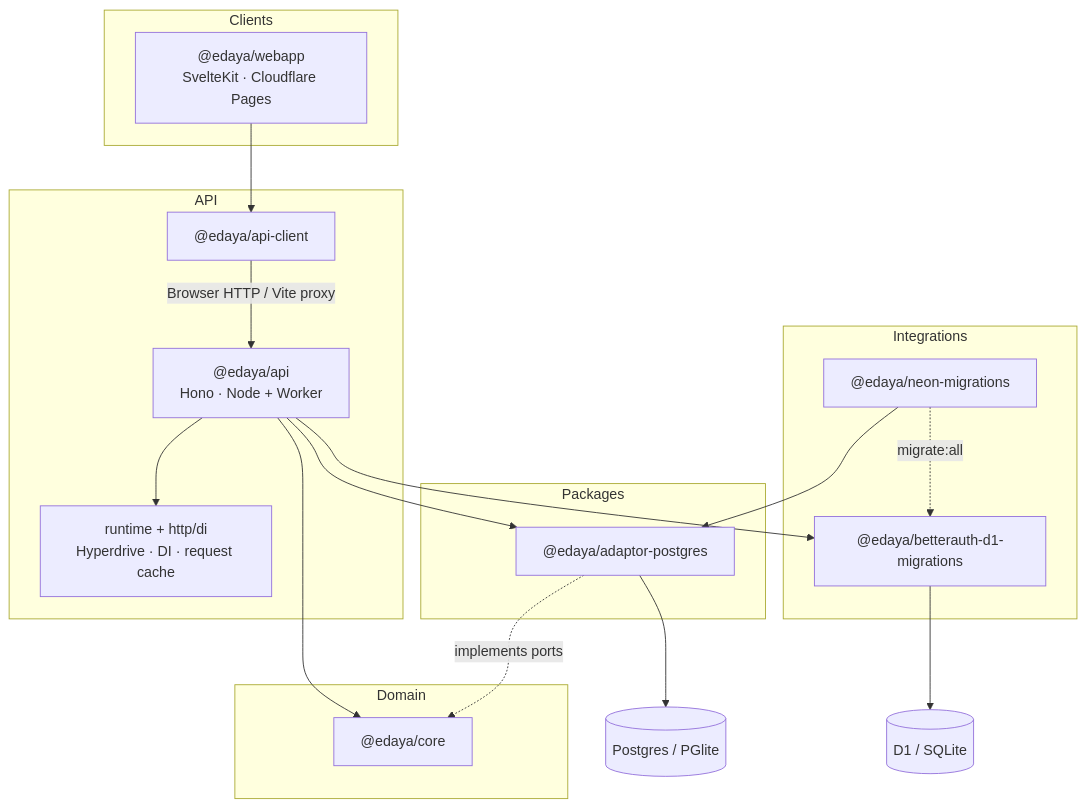
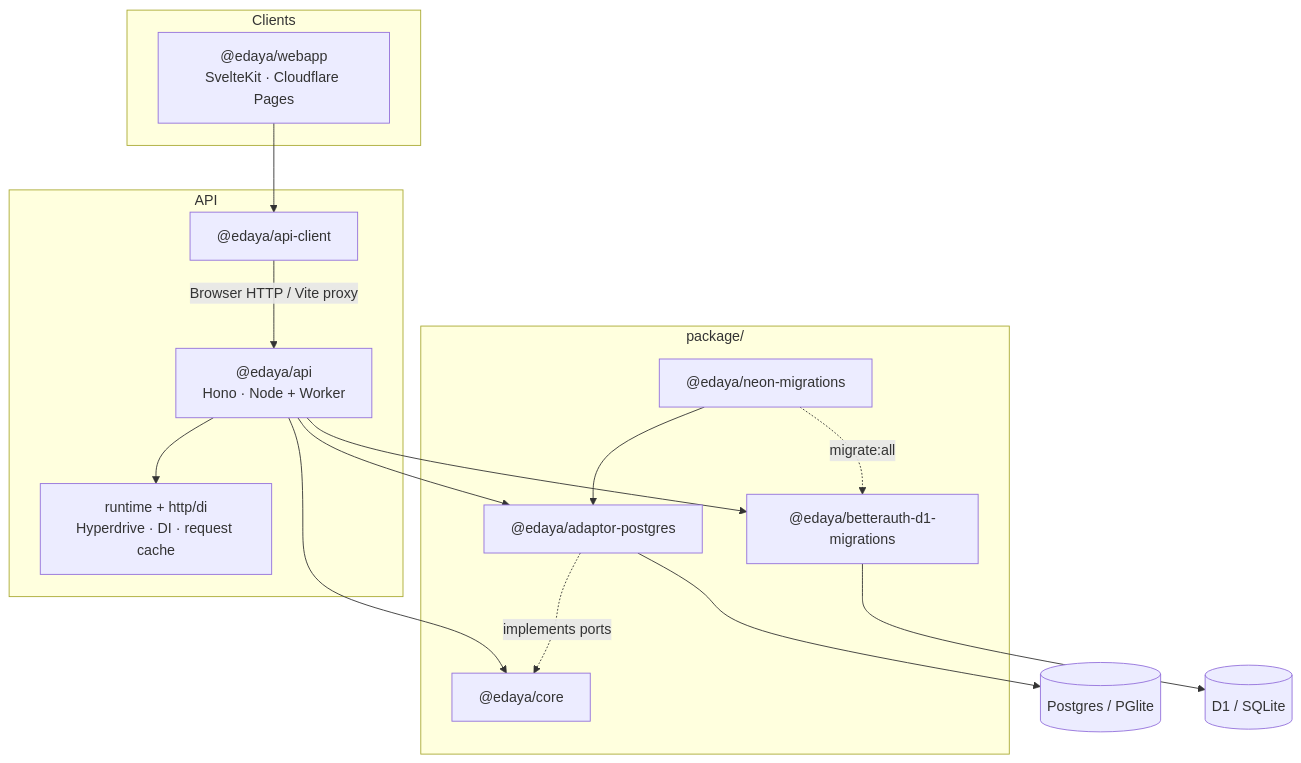
One commit to Maya-Invest/edaya_backend changed the diagram in README.md. Above: the diagram before and after it, drawn with Mermaid. The commit also changed other lines of this file and 468 other files, not shown here.

````diff
--- a/README.md
+++ b/README.md
@@ -33,37 +34,31 @@
 ```mermaid
 flowchart TB
   subgraph clients["Clients"]
     Webapp["@edaya/webapp<br/>SvelteKit · Cloudflare Pages"]
   end
 
   subgraph api_layer["API"]
     API["@edaya/api<br/>Hono · Node + Worker"]
     Client["@edaya/api-client"]
     WorkerHost["runtime + http/di<br/>Hyperdrive · DI · request cache"]
   end
 
-  subgraph domain["Domain"]
+  subgraph package["package/"]
     Core["@edaya/core"]
-  end
-
-  subgraph packages["Packages"]
     PG["@edaya/adaptor-postgres"]
-  end
-
-  subgraph integrations["Integrations"]
     Auth["@edaya/betterauth-d1-migrations"]
     NeonM["@edaya/neon-migrations"]
   end
 
   Webapp --> Client
   Client -->|Browser HTTP / Vite proxy| API
   API --> WorkerHost
   API --> Core
   API --> PG
   API --> Auth
   PG -.->|implements ports| Core
   NeonM --> PG
   NeonM -.->|migrate:all| Auth
   PG --> SchoolDB[(Postgres / PGlite)]
   Auth --> AuthDB[(D1 / SQLite)]
 ```
````
